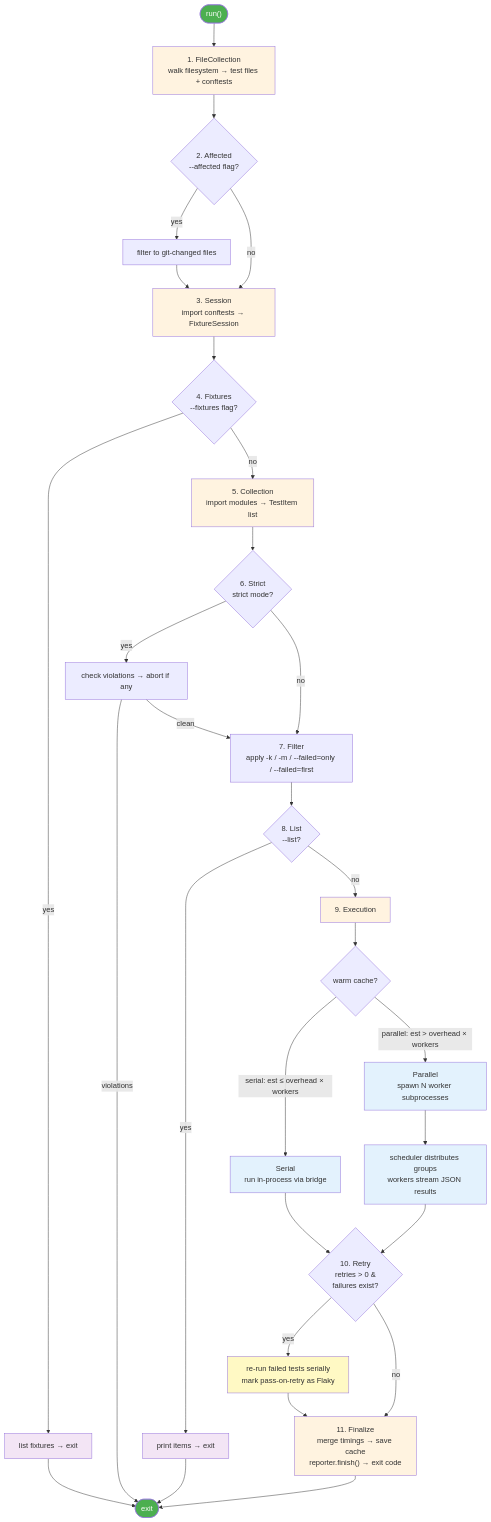
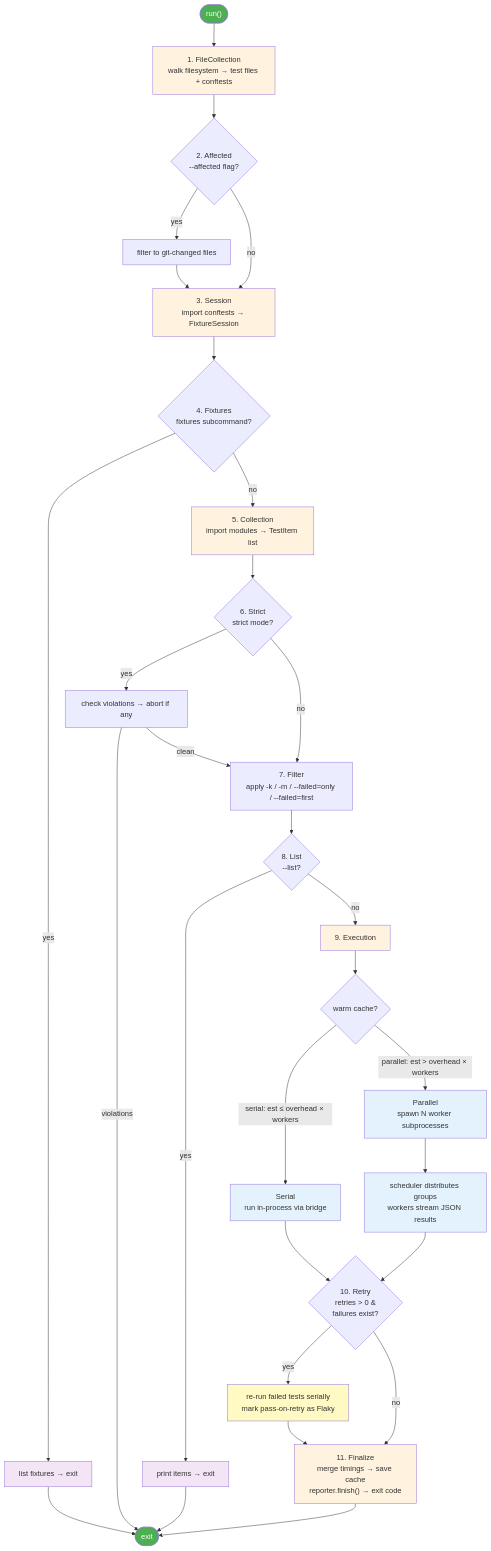
One commit to kalonji-tools/oxitest changed the second of 2 diagrams in docs/src/contributing/architecture.md. Above: the diagram before and after it, drawn with Mermaid. The commit also changed 6 other files, not shown here.

````diff
--- a/docs/src/contributing/architecture.md
+++ b/docs/src/contributing/architecture.md
@@ -103,71 +103,71 @@
 ```mermaid
 flowchart TD
     START(["run()"])
 
     FC["1. FileCollection<br/>walk filesystem → test files + conftests"]
     AF{"2. Affected<br/>--affected flag?"}
     AF_Y["filter to git-changed files"]
     SE["3. Session<br/>import conftests → FixtureSession"]
-    FX{"4. Fixtures<br/>--fixtures flag?"}
+    FX{"4. Fixtures<br/>fixtures subcommand?"}
     FX_Y["list fixtures → exit"]
     CO["5. Collection<br/>import modules → TestItem list"]
     ST{"6. Strict<br/>strict mode?"}
     ST_Y["check violations → abort if any"]
     FI["7. Filter<br/>apply -k / -m / --failed=only / --failed=first"]
     LI{"8. List<br/>--list?"}
     LI_Y["print items → exit"]
 
     EX["9. Execution"]
     DECIDE{"warm cache?"}
     SERIAL["Serial<br/>run in-process via bridge"]
     PAR["Parallel<br/>spawn N worker subprocesses"]
     PAR_DETAIL["scheduler distributes groups<br/>workers stream JSON results"]
 
     RT{"10. Retry<br/>retries > 0 &<br/>failures exist?"}
     RT_Y["re-run failed tests serially<br/>mark pass-on-retry as Flaky"]
 
     FIN["11. Finalize<br/>merge timings → save cache<br/>reporter.finish() → exit code"]
 
     DONE(["exit"])
 
     START --> FC
     FC --> AF
     AF -->|yes| AF_Y --> SE
     AF -->|no| SE
     SE --> FX
     FX -->|yes| FX_Y --> DONE
     FX -->|no| CO
     CO --> ST
     ST -->|yes| ST_Y
     ST_Y -->|violations| DONE
     ST_Y -->|clean| FI
     ST -->|no| FI
     FI --> LI
     LI -->|yes| LI_Y --> DONE
     LI -->|no| EX
 
     EX --> DECIDE
     DECIDE -->|"serial: est ≤ overhead × workers"| SERIAL
     DECIDE -->|"parallel: est > overhead × workers"| PAR
     PAR --> PAR_DETAIL
     SERIAL --> RT
     PAR_DETAIL --> RT
 
     RT -->|yes| RT_Y --> FIN
     RT -->|no| FIN
     FIN --> DONE
 
     style START fill:#4CAF50,color:#fff
     style DONE fill:#4CAF50,color:#fff
     style FC fill:#fff3e0
     style SE fill:#fff3e0
     style CO fill:#fff3e0
     style EX fill:#fff3e0
     style FIN fill:#fff3e0
     style SERIAL fill:#e3f2fd
     style PAR fill:#e3f2fd
     style PAR_DETAIL fill:#e3f2fd
     style RT_Y fill:#fff9c4
     style FX_Y fill:#f3e5f5
     style LI_Y fill:#f3e5f5
 ```
````
